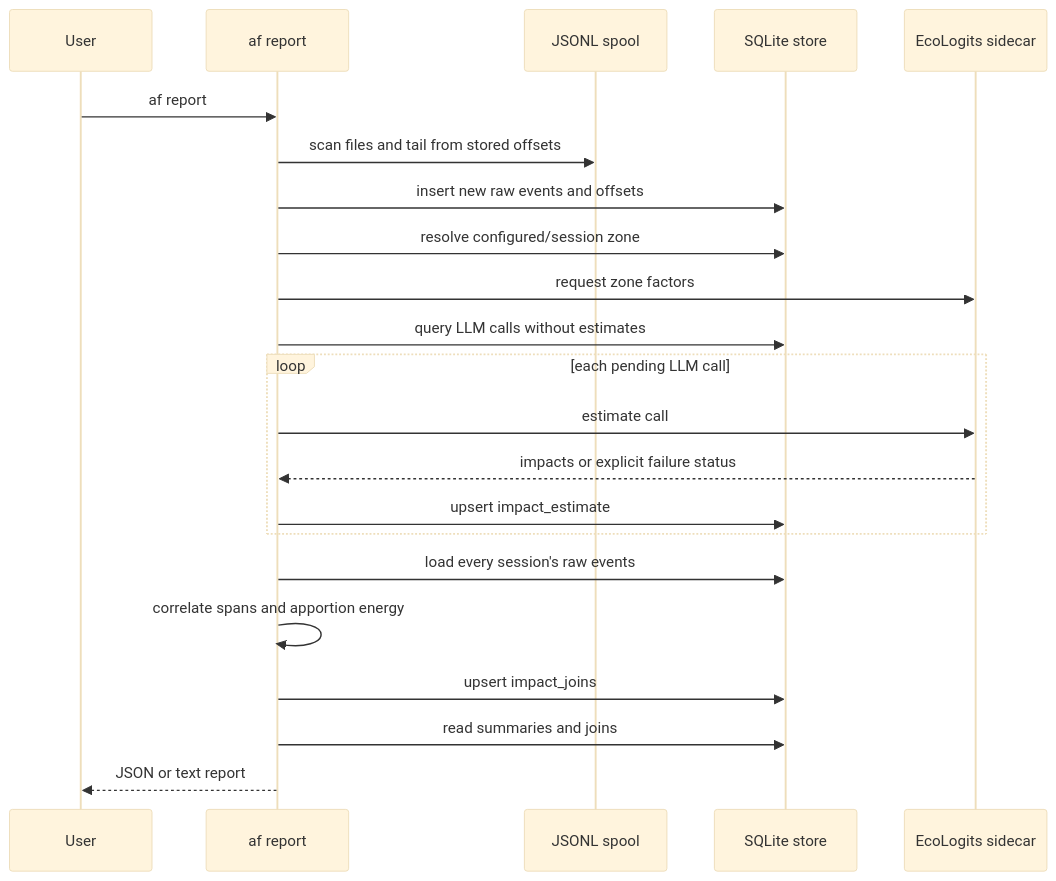
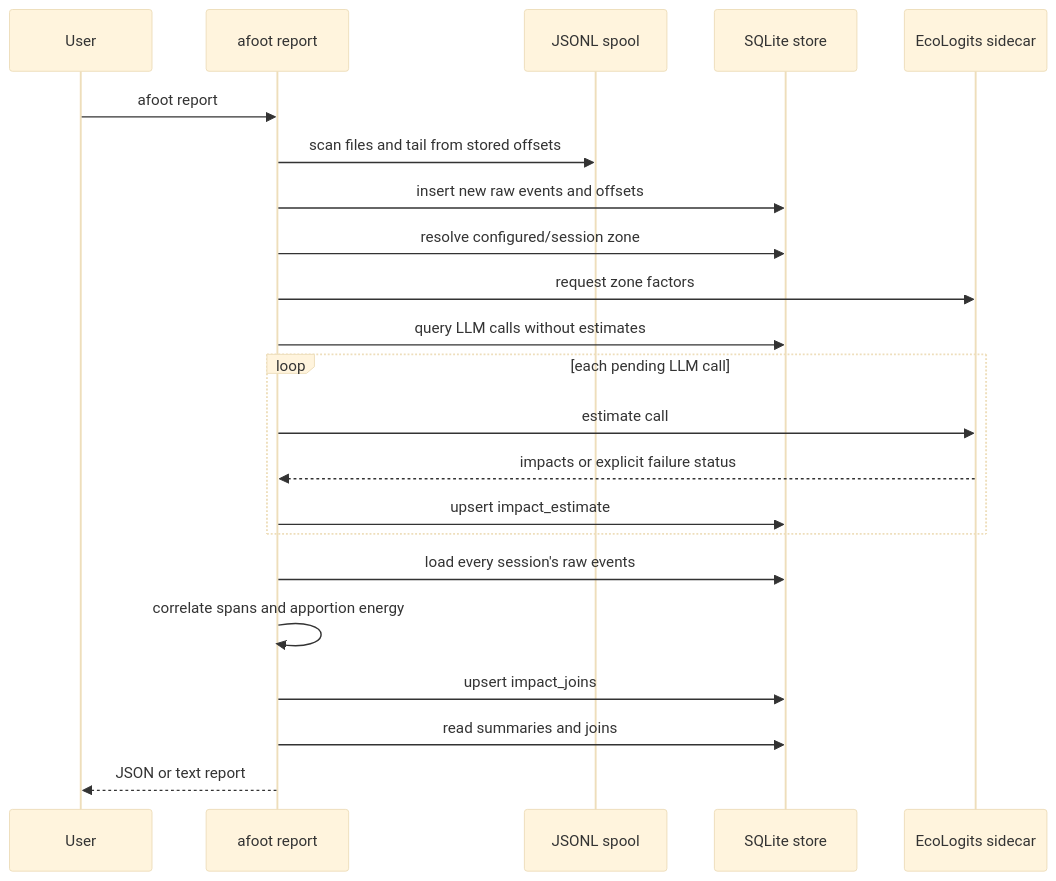
Before and after one commit to mlco2/agentic-footprint: the third of 4 diagrams in docs/explanation/rebuild-architecture.md, drawn with Mermaid (base theme). The commit also changed other lines of this file and 303 other files, not shown here.

````diff
--- a/docs/explanation/rebuild-architecture.md
+++ b/docs/explanation/rebuild-architecture.md
@@ -144,25 +144,25 @@
 ```mermaid
 sequenceDiagram
     participant User
-    participant CLI as af report
+    participant CLI as afoot report
     participant Spool as JSONL spool
     participant Store as SQLite store
     participant Estimator as EcoLogits sidecar
 
-    User->>CLI: af report
+    User->>CLI: afoot report
     CLI->>Spool: scan files and tail from stored offsets
     CLI->>Store: insert new raw events and offsets
     CLI->>Store: resolve configured/session zone
     CLI->>Estimator: request zone factors
     CLI->>Store: query LLM calls without estimates
     loop each pending LLM call
         CLI->>Estimator: estimate call
         Estimator-->>CLI: impacts or explicit failure status
         CLI->>Store: upsert impact_estimate
     end
     CLI->>Store: load every session's raw events
     CLI->>CLI: correlate spans and apportion energy
     CLI->>Store: upsert impact_joins
     CLI->>Store: read summaries and joins
     CLI-->>User: JSON or text report
 ```
````
